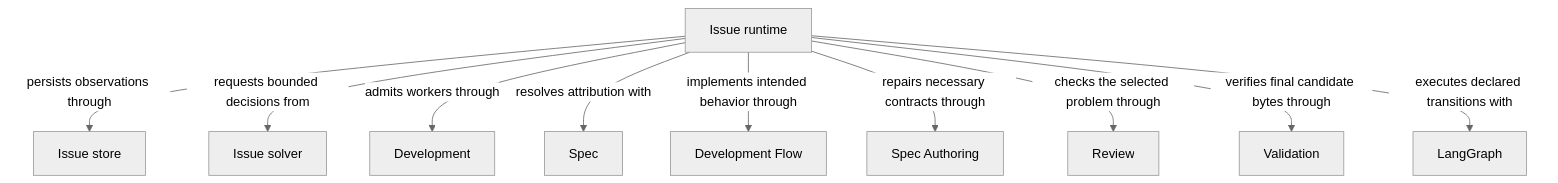
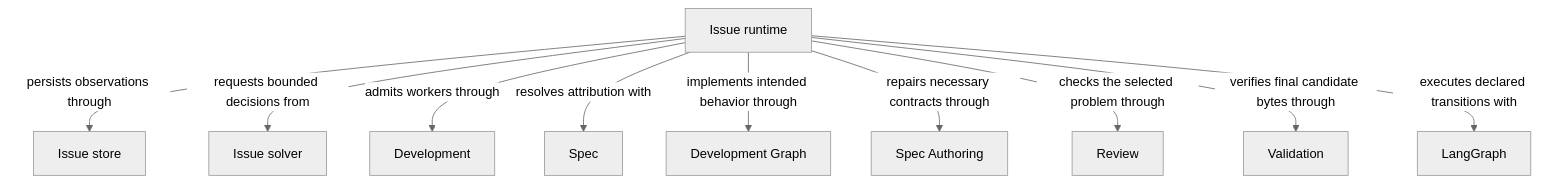
One commit to FTOD/concorde changed the diagram in specs/concorde/issues/module.md. Above: the diagram before and after it, drawn with Mermaid (neutral theme). The commit also changed other lines of this file and 449 other files, not shown here.

Commit message:
refactor: unify executable Operations and LangGraph graphs

````diff
--- a/specs/concorde/issues/module.md
+++ b/specs/concorde/issues/module.md
@@ -72,24 +72,24 @@
 ```mermaid
 flowchart TB
     accTitle: Issue reporting and solving
     accDescr: The runtime stores classified observations, binds a solver decision and uses ordinary development, Spec repair, review and validation without automatic delivery.
     runtime["Issue runtime"]
     store["Issue store"]
     solver["Issue solver"]
     development["Development"]
     spec["Spec"]
-    loop["Development Flow"]
+    loop["Development Graph"]
     author["Spec Authoring"]
     review["Review"]
     validation["Validation"]
     langgraph["LangGraph"]
     runtime -->|persists observations through| store
     runtime -->|requests bounded decisions from| solver
     runtime -->|admits workers through| development
     runtime -->|resolves attribution with| spec
     runtime -->|implements intended behavior through| loop
     runtime -->|repairs necessary contracts through| author
     runtime -->|checks the selected problem through| review
     runtime -->|verifies final candidate bytes through| validation
     runtime -->|executes declared transitions with| langgraph
 ```
````
